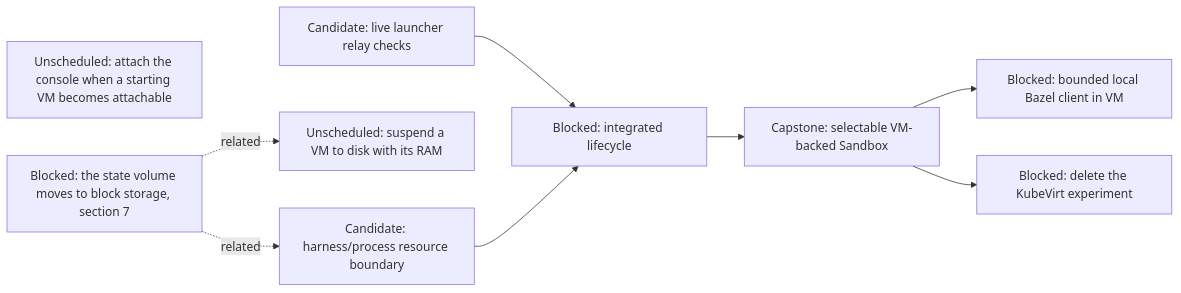
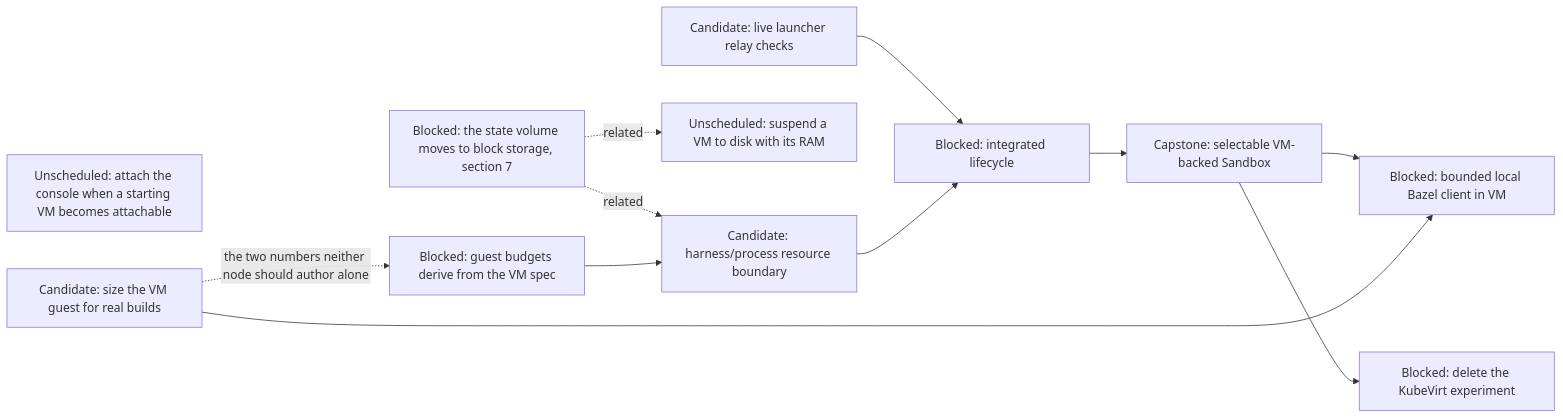
The sixth of 15 diagrams in agentplane/plans/task_dag.md (agentydragon-agent/ducktape), drawn with Mermaid before and after one commit. The commit also changed other lines of this file, not shown here.

````diff
--- a/agentplane/plans/task_dag.md
+++ b/agentplane/plans/task_dag.md
@@ -364,15 +392,20 @@
 ```mermaid
 flowchart LR
     VM_EGRESS[Candidate: live launcher relay checks]
     VM_RAM_SUSPEND[Unscheduled: suspend a VM to disk with its RAM]
     VM_CONSOLE_DEFERRED_ATTACH[Unscheduled: attach the console when a starting VM becomes attachable]
     VM_PROCESS_ISOLATION[Candidate: harness/process resource boundary]
     VM_LIFECYCLE[Blocked: integrated lifecycle]
     STATE_VOLUME_BLOCK[Blocked: the state volume moves to block storage, section 7] -. related .-> VM_PROCESS_ISOLATION
     STATE_VOLUME_BLOCK -. related .-> VM_RAM_SUSPEND
     VM_EGRESS --> VM_LIFECYCLE
     VM_PROCESS_ISOLATION --> VM_LIFECYCLE
+    VM_GUEST_BUDGET_DERIVE --> VM_PROCESS_ISOLATION
     VM_LIFECYCLE --> SANDBOX_VM_ISOLATION[Capstone: selectable VM-backed Sandbox]
+    VM_GUEST_MEMORY[Candidate: size the VM guest for real builds]
+    VM_GUEST_BUDGET_DERIVE[Blocked: guest budgets derive from the VM spec]
+    VM_GUEST_MEMORY -. the two numbers neither node should author alone .-> VM_GUEST_BUDGET_DERIVE
     SANDBOX_VM_ISOLATION --> LOCAL_BAZEL[Blocked: bounded local Bazel client in VM]
+    VM_GUEST_MEMORY --> LOCAL_BAZEL
     SANDBOX_VM_ISOLATION --> KUBEVIRT_EXPERIMENT_RETIRE[Blocked: delete the KubeVirt experiment]
 ```
````
